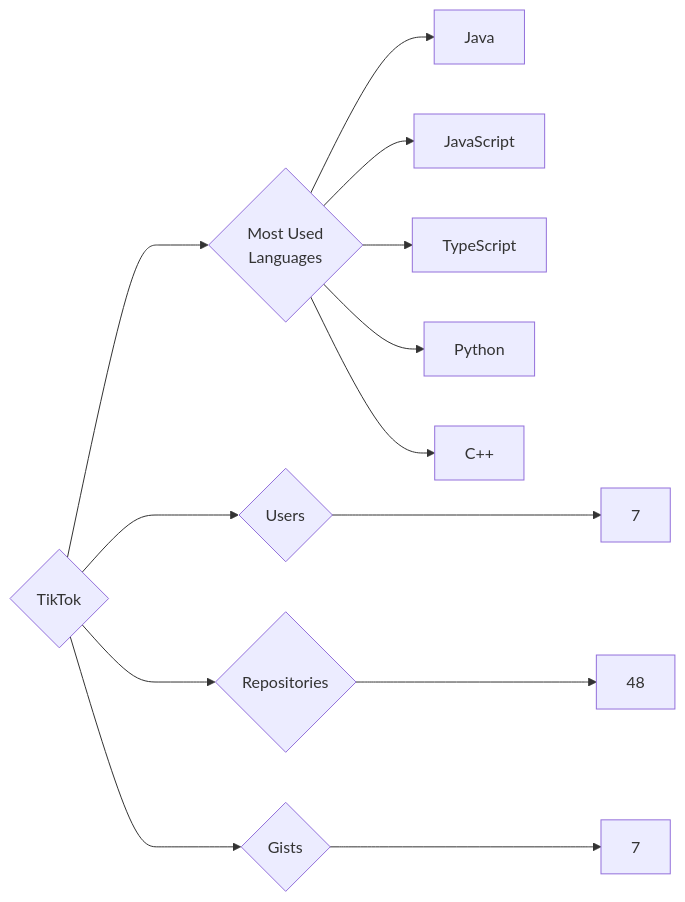
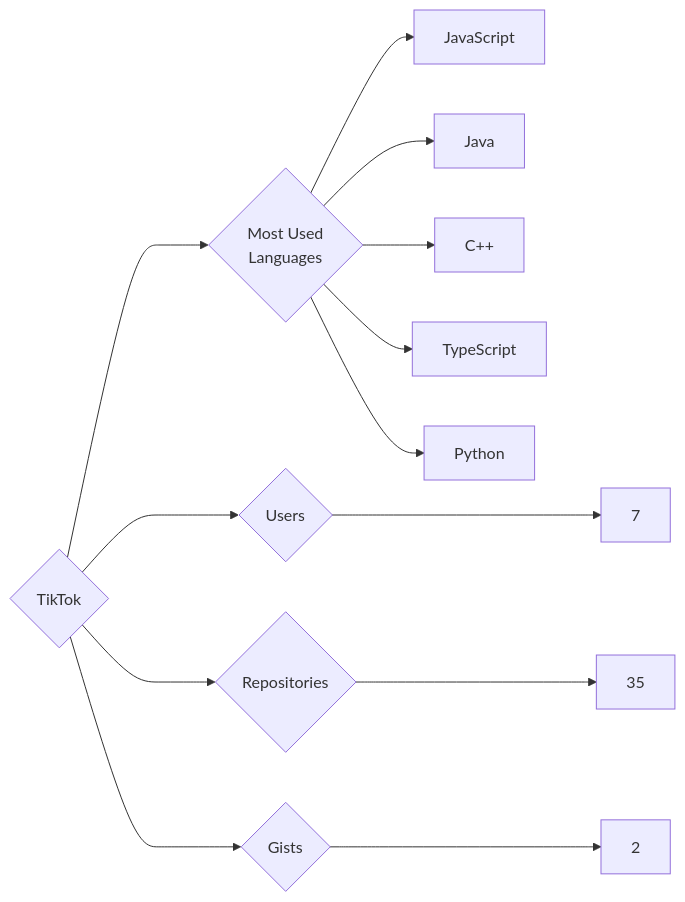
The diagram in targets/TikTok/README.md (trickest/insiders), drawn with Mermaid before and after one commit. The commit also changed 1479 other files, not shown here.

````diff
--- a/targets/TikTok/README.md
+++ b/targets/TikTok/README.md
@@ -3,13 +3,13 @@
 ```mermaid
 graph LR
 COMPANY_NAME{TikTok}
 COMPANY_NAME ---> U{Users} ---> UN[7]
-COMPANY_NAME ---> R{Repositories} ---> RN[48]
-COMPANY_NAME ---> G{Gists} ---> GN[7]
+COMPANY_NAME ---> R{Repositories} ---> RN[35]
+COMPANY_NAME ---> G{Gists} ---> GN[2]
 COMPANY_NAME ---> ML{Most Used<br>Languages}
+ML --> JavaScript[JavaScript]
 ML --> Java[Java]
-ML --> JavaScript[JavaScript]
+ML --> C++[C++]
 ML --> TypeScript[TypeScript]
 ML --> Python[Python]
-ML --> C++[C++]
 ```
````
